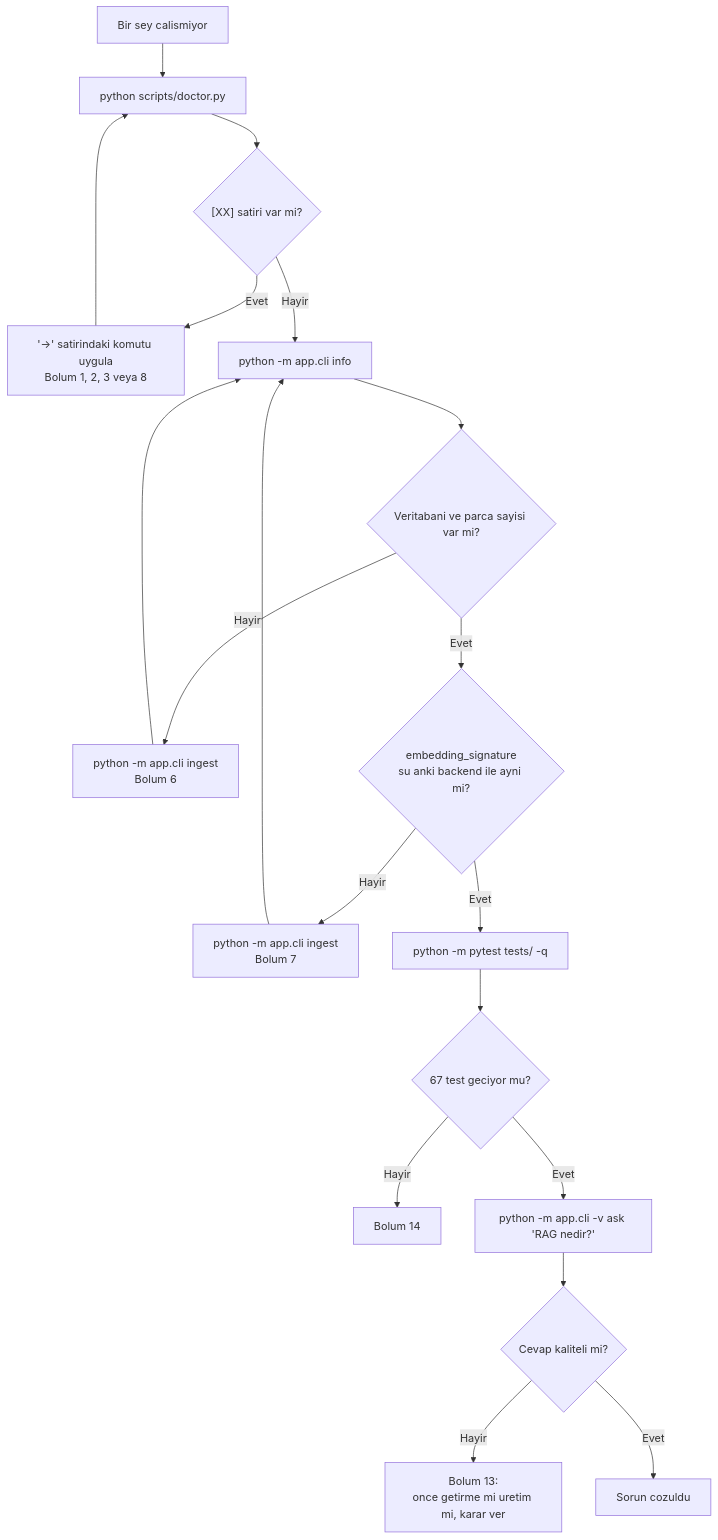
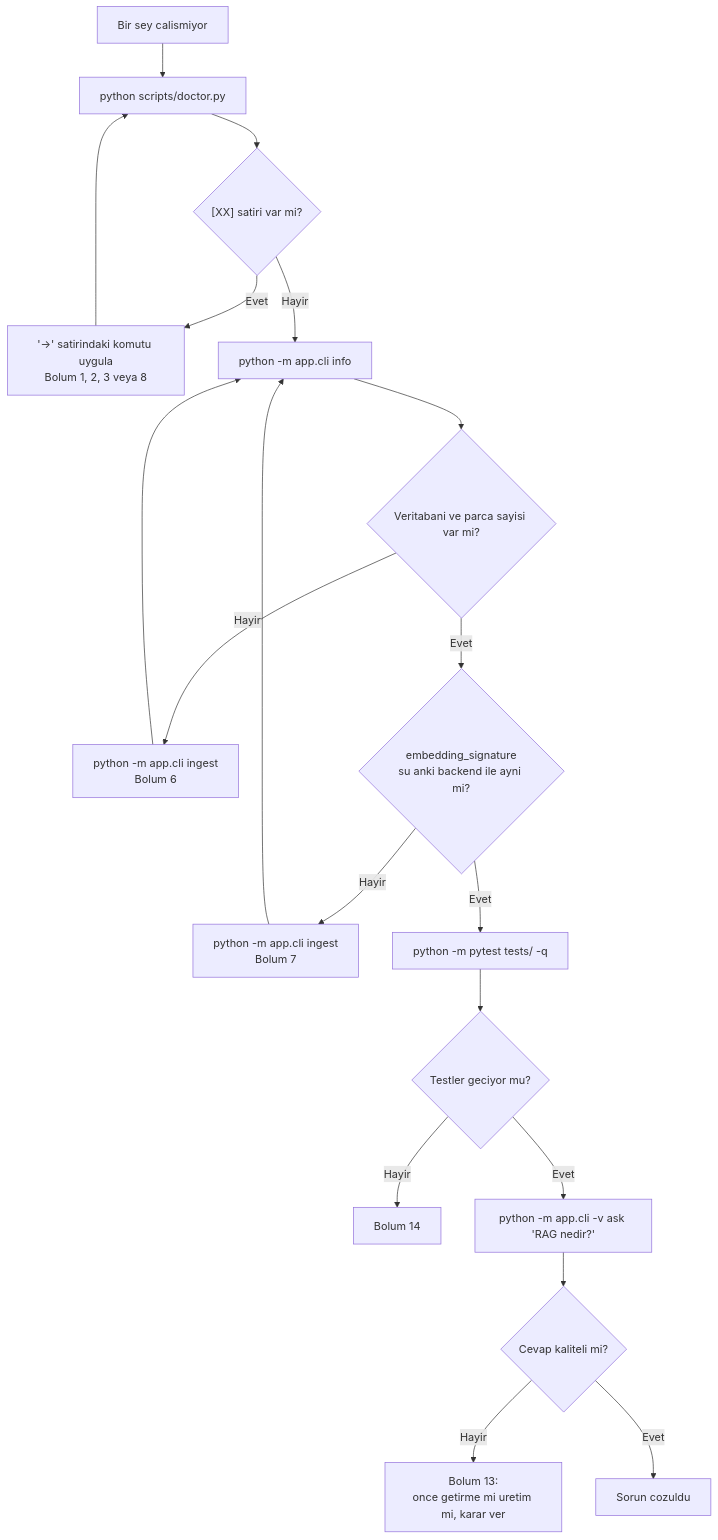
One commit to cebi101/foundry-local-rag changed the diagram in docs/TROUBLESHOOTING.md. Above: the diagram before and after it, drawn with Mermaid. The commit also changed other lines of this file and 6 other files, not shown here.

````diff
--- a/docs/TROUBLESHOOTING.md
+++ b/docs/TROUBLESHOOTING.md
@@ -1132,21 +1145,21 @@
 ```mermaid
 flowchart TD
     A[Bir sey calismiyor] --> B["python scripts/doctor.py"]
     B --> C{"[XX] satiri var mi?"}
     C -- Evet --> D["'->' satirindaki komutu uygula<br/>Bolum 1, 2, 3 veya 8"]
     D --> B
     C -- Hayir --> E["python -m app.cli info"]
     E --> F{"Veritabani ve parca sayisi var mi?"}
     F -- Hayir --> G["python -m app.cli ingest<br/>Bolum 6"]
     G --> E
     F -- Evet --> H{"embedding_signature<br/>su anki backend ile ayni mi?"}
     H -- Hayir --> G2["python -m app.cli ingest<br/>Bolum 7"]
     G2 --> E
     H -- Evet --> I["python -m pytest tests/ -q"]
-    I --> J{"67 test geciyor mu?"}
+    I --> J{"Testler geciyor mu?"}
     J -- Hayir --> K["Bolum 14"]
     J -- Evet --> L["python -m app.cli -v ask 'RAG nedir?'"]
     L --> M{"Cevap kaliteli mi?"}
     M -- Hayir --> N["Bolum 13:<br/>once getirme mi uretim mi, karar ver"]
     M -- Evet --> O["Sorun cozuldu"]
 ```
````
